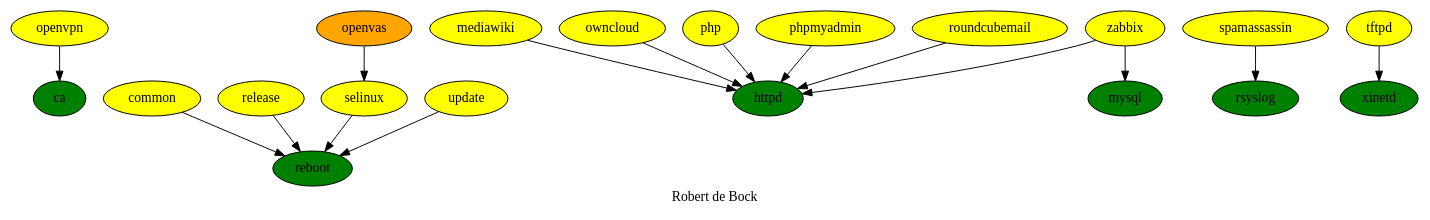
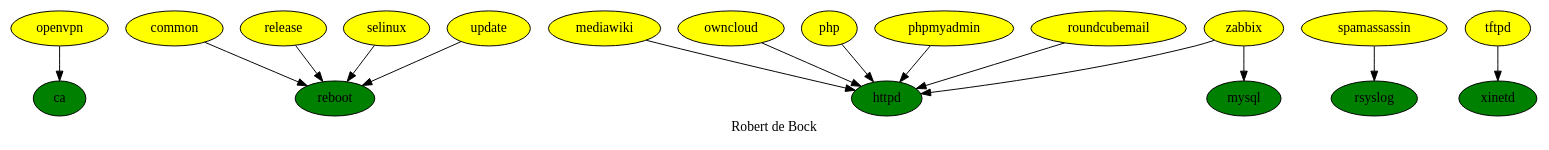
The diagram in hard-dependencies.dot (robertdebock/drawings), drawn with Graphviz before and after one commit.

Commit message:
Remove openvas reference.

```diff
--- a/hard-dependencies.dot
+++ b/hard-dependencies.dot
@@ -1,32 +1,30 @@
 digraph hierarchy {
   label = "Robert de Bock" ;
   {
     ca [fillcolor=green style=filled]
     common [fillcolor=yellow style=filled]
     httpd [fillcolor=green style=filled]
     mediawiki [fillcolor=yellow style=filled]
     mysql [fillcolor=green style=filled]
-    openvas [fillcolor=orange style=filled]
     openvpn [fillcolor=yellow style=filled]
     owncloud [fillcolor=yellow style=filled]
     php [fillcolor=yellow style=filled]
     phpmyadmin [fillcolor=yellow style=filled]
     reboot [fillcolor=green style=filled]
     release [fillcolor=yellow style=filled]
     roundcubemail [fillcolor=yellow style=filled]
     rsyslog [fillcolor=green style=filled]
     selinux [fillcolor=yellow style=filled]
     spamassassin [fillcolor=yellow style=filled]
     tftpd [fillcolor=yellow style=filled]
     update [fillcolor=yellow style=filled]
     xinetd [fillcolor=green style=filled]
     zabbix [fillcolor=yellow style=filled]
   }
   {openvpn} -> ca
   {common release selinux update} -> reboot
-  openvas -> selinux
   {mediawiki owncloud php phpmyadmin roundcubemail zabbix}-> httpd
   spamassassin -> rsyslog
   tftpd -> xinetd
   zabbix -> mysql
 }
```
